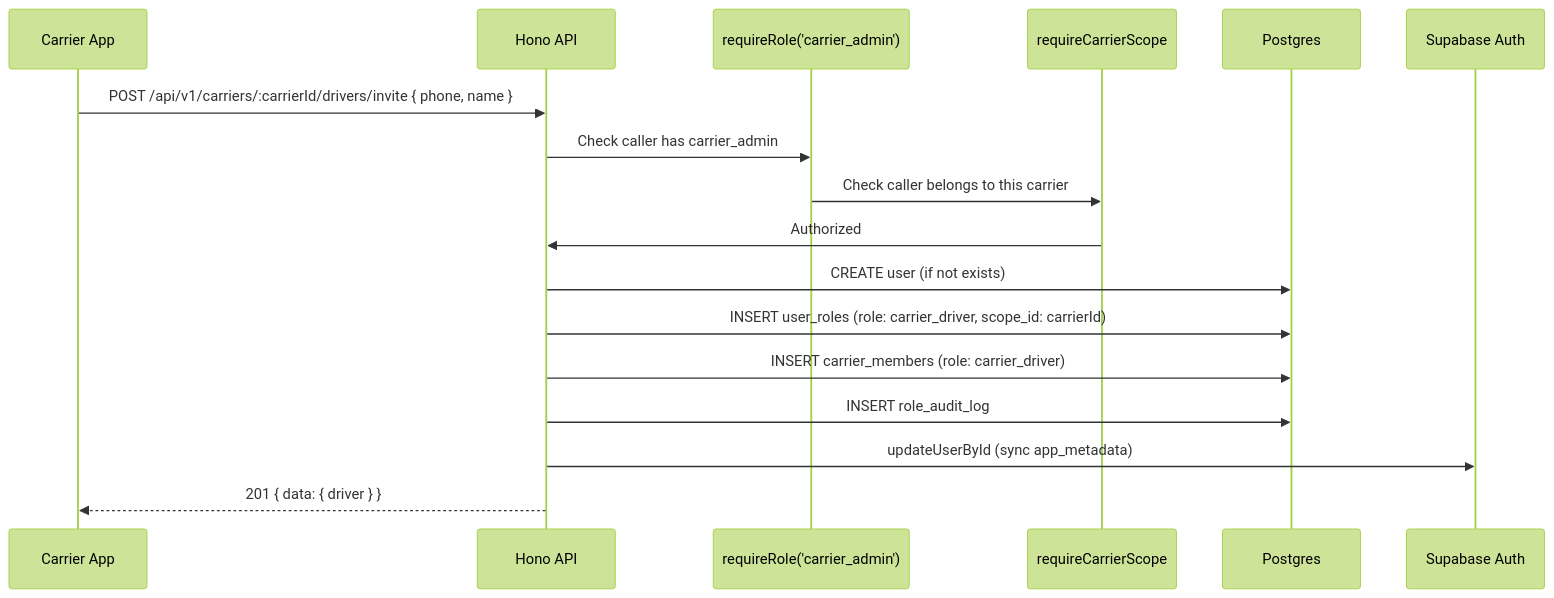
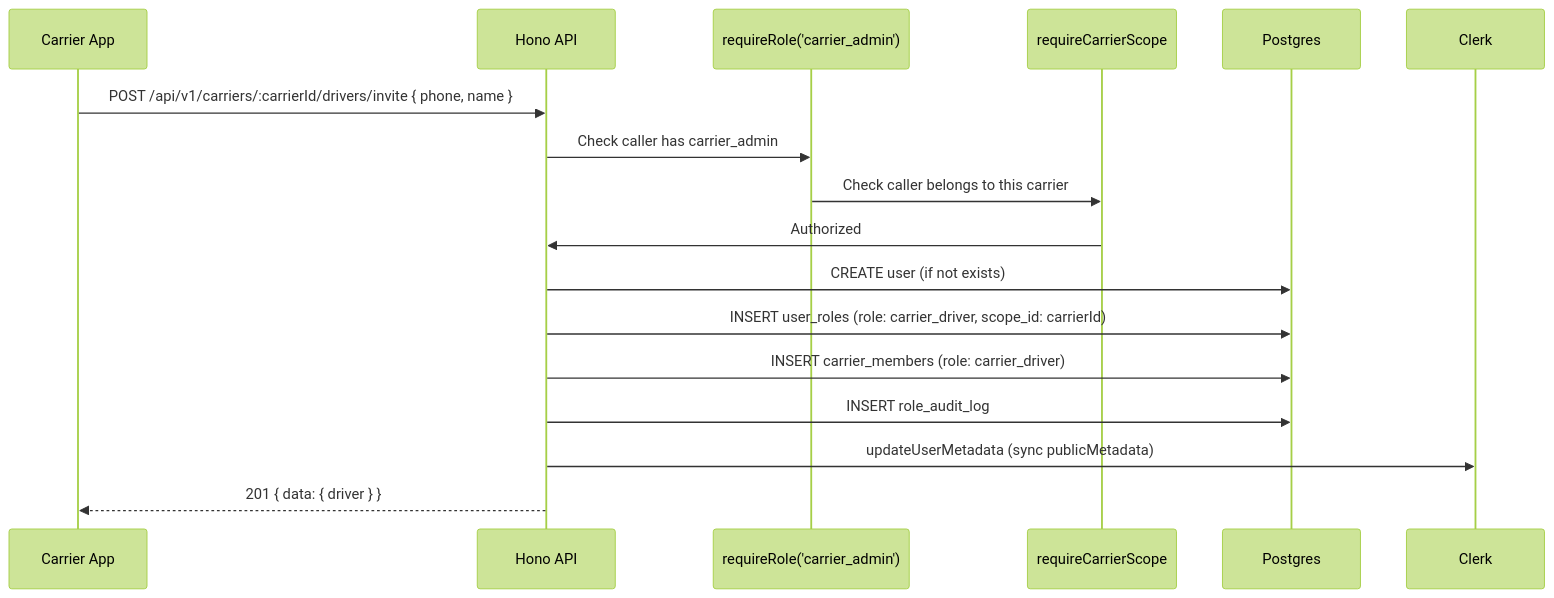
One commit to eteng/surewaka changed the fifth of 5 diagrams in .kiro/specs/rbac-system/design.md. Above: the diagram before and after it, drawn with Mermaid (forest theme). The commit also changed other lines of this file and 69 other files, not shown here.

````diff
--- a/.kiro/specs/rbac-system/design.md
+++ b/.kiro/specs/rbac-system/design.md
@@ -238,20 +238,20 @@
 ```mermaid
 sequenceDiagram
     participant CarrierApp as Carrier App
     participant API as Hono API
     participant RoleMW as requireRole('carrier_admin')
     participant ScopeMW as requireCarrierScope
     participant DB as Postgres
-    participant Supabase as Supabase Auth
+    participant Clerk
 
     CarrierApp->>API: POST /api/v1/carriers/:carrierId/drivers/invite { phone, name }
     API->>RoleMW: Check caller has carrier_admin
     RoleMW->>ScopeMW: Check caller belongs to this carrier
     ScopeMW->>API: Authorized
     API->>DB: CREATE user (if not exists)
     API->>DB: INSERT user_roles (role: carrier_driver, scope_id: carrierId)
     API->>DB: INSERT carrier_members (role: carrier_driver)
     API->>DB: INSERT role_audit_log
-    API->>Supabase: updateUserById (sync app_metadata)
+    API->>Clerk: updateUserMetadata (sync publicMetadata)
     API-->>CarrierApp: 201 { data: { driver } }
 ```
````
